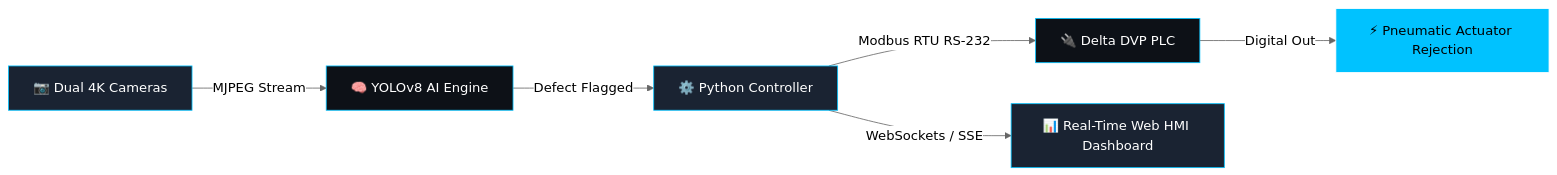
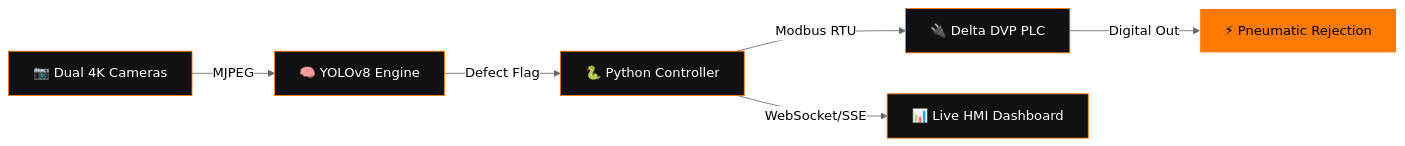
One commit to ombhagwat18/ombhagwat18 changed the first of 2 diagrams in README.md. Above: the diagram before and after it, drawn with Mermaid (neutral theme). The commit also changed other lines of this file and 1 other file, not shown here.

````diff
--- a/README.md
+++ b/README.md
@@ -103,15 +100,14 @@
 ```mermaid
 graph LR
-    A[📷 Dual 4K Cameras] -->|MJPEG Stream| B[🧠 YOLOv8 AI Engine]
-    B -->|Defect Flagged| C[⚙️ Python Controller]
-    C -->|Modbus RTU RS-232| D[🔌 Delta DVP PLC]
-    D -->|Digital Out| E[⚡ Pneumatic Actuator Rejection]
-    C -->|WebSockets / SSE| F[📊 Real-Time Web HMI Dashboard]
-    
-    style A fill:#1A2332,stroke:#00C2FF,color:#fff
-    style B fill:#0D1117,stroke:#00C2FF,color:#fff
-    style C fill:#1A2332,stroke:#00C2FF,color:#fff
-    style D fill:#0D1117,stroke:#00C2FF,color:#fff
-    style E fill:#00C2FF,stroke:#fff,color:#000
-    style F fill:#1A2332,stroke:#00C2FF,color:#fff
+    A[📷 Dual 4K Cameras] -->|MJPEG| B[🧠 YOLOv8 Engine]
+    B -->|Defect Flag| C[🐍 Python Controller]
+    C -->|Modbus RTU| D[🔌 Delta DVP PLC]
+    D -->|Digital Out| E[⚡ Pneumatic Rejection]
+    C -->|WebSocket/SSE| F[📊 Live HMI Dashboard]
+    style A fill:#111,stroke:#FF7A00,color:#fff
+    style B fill:#111,stroke:#FF7A00,color:#fff
+    style C fill:#111,stroke:#FF7A00,color:#fff
+    style D fill:#111,stroke:#FF7A00,color:#fff
+    style E fill:#FF7A00,stroke:#fff,color:#000
+    style F fill:#111,stroke:#FF7A00,color:#fff
 ```
````
